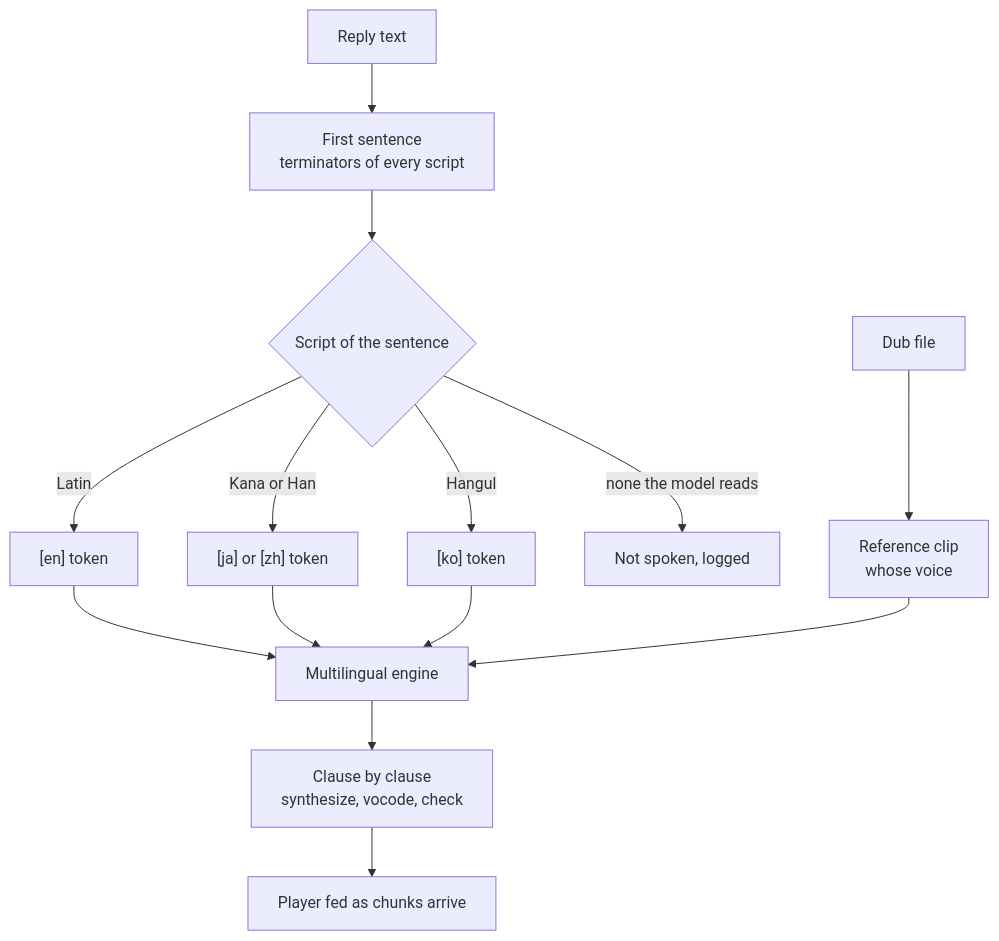
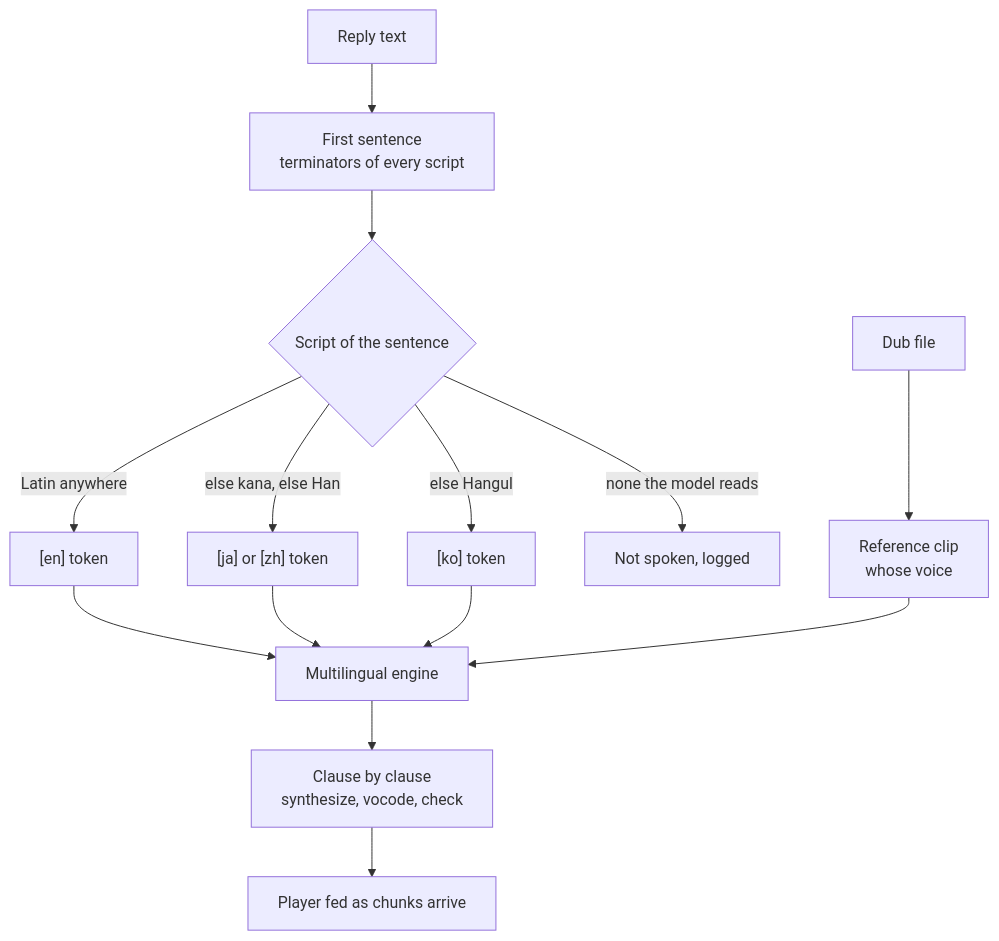
One commit to Esposter/Esposter changed the diagram in apps/web/content/docs/proposals/infra/multilingual-spoken-replies.md. Above: the diagram before and after it, drawn with Mermaid. The commit also changed other lines of this file and 2 other files, not shown here.

Commit message:
docs(claude-interface): three pages say what their own rules imply — the whole-set exception names the path it takes as well as the file count, the reference map names the runner beside the plugin as a reader, and the multilingual proposal's script precedence reads the way its own example and flowchart already did
Answers: 4057880840
Answers: 4057880835
Answers: 4057880837

````diff
--- a/apps/web/content/docs/proposals/infra/multilingual-spoken-replies.md
+++ b/apps/web/content/docs/proposals/infra/multilingual-spoken-replies.md
@@ -31,16 +31,16 @@
 ```mermaid
 flowchart TD
     Reply[Reply text] --> Sentence[First sentence<br/>terminators of every script]
     Sentence --> Script{Script of the sentence}
-    Script -- Latin --> En["[en] token"]
-    Script -- Kana or Han --> Ja["[ja] or [zh] token"]
-    Script -- Hangul --> Ko["[ko] token"]
+    Script -- Latin anywhere --> En["[en] token"]
+    Script -- else kana, else Han --> Ja["[ja] or [zh] token"]
+    Script -- else Hangul --> Ko["[ko] token"]
     Script -- none the model reads --> Drop[Not spoken, logged]
     Dub[Dub file] --> Clip[Reference clip<br/>whose voice]
     En --> Engine[Multilingual engine]
     Ja --> Engine
     Ko --> Engine
     Clip --> Engine
     Engine --> Clauses[Clause by clause<br/>synthesize, vocode, check]
     Clauses --> Player[Player fed as chunks arrive]
 ```
````
